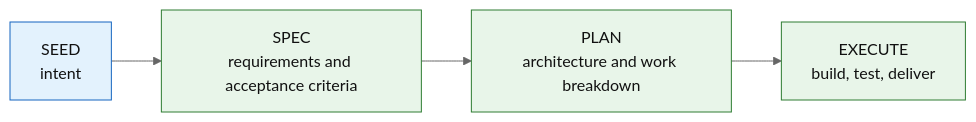
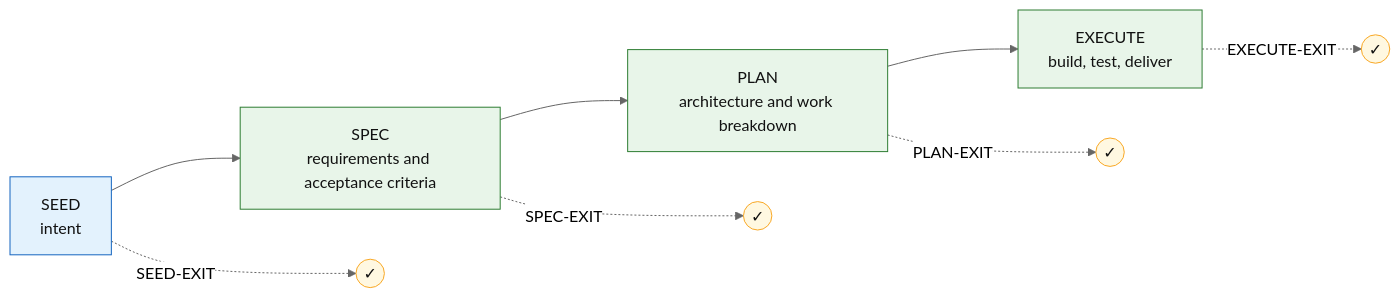
One commit to raviganesh-ai/fake-monolith changed the second of 2 diagrams in README.md. Above: the diagram before and after it, drawn with Mermaid (neutral theme). The commit also changed other lines of this file and 2 other files, not shown here.

Commit message:
docs: Quickstart above Architecture; gated stage diagram (R-Z7UL7V-029)

````diff
--- a/README.md
+++ b/README.md
@@ -161,8 +161,13 @@
 ```mermaid
 flowchart LR
     seed["SEED<br/>intent"]:::actor --> spec["SPEC<br/>requirements and acceptance criteria"]:::compute
     spec --> plan["PLAN<br/>architecture and work breakdown"]:::compute
     plan --> exec["EXECUTE<br/>build, test, deliver"]:::compute
+    seed -.->|SEED-EXIT| g1(("✓")):::gate
+    spec -.->|SPEC-EXIT| g2(("✓")):::gate
+    plan -.->|PLAN-EXIT| g3(("✓")):::gate
+    exec -.->|EXECUTE-EXIT| g4(("✓")):::gate
     classDef actor fill:#E3F2FD,stroke:#1565C0,color:#111;
     classDef compute fill:#E8F5E9,stroke:#2E7D32,color:#111;
+    classDef gate fill:#FFF8E1,stroke:#F9A825,color:#111;
 ```
````
